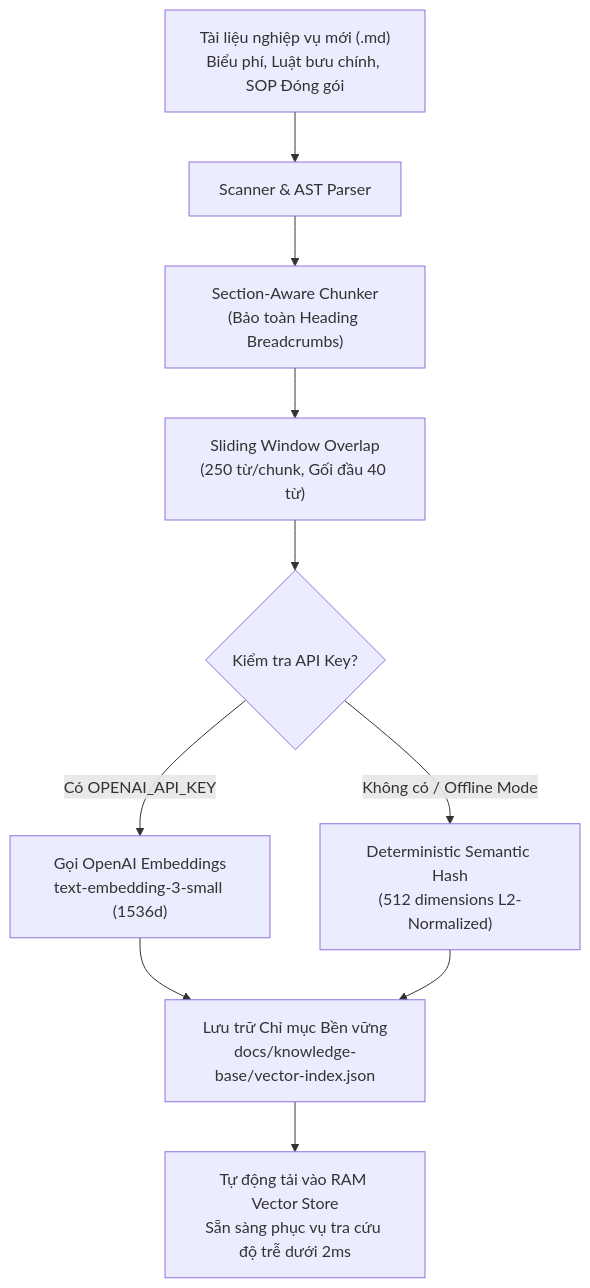
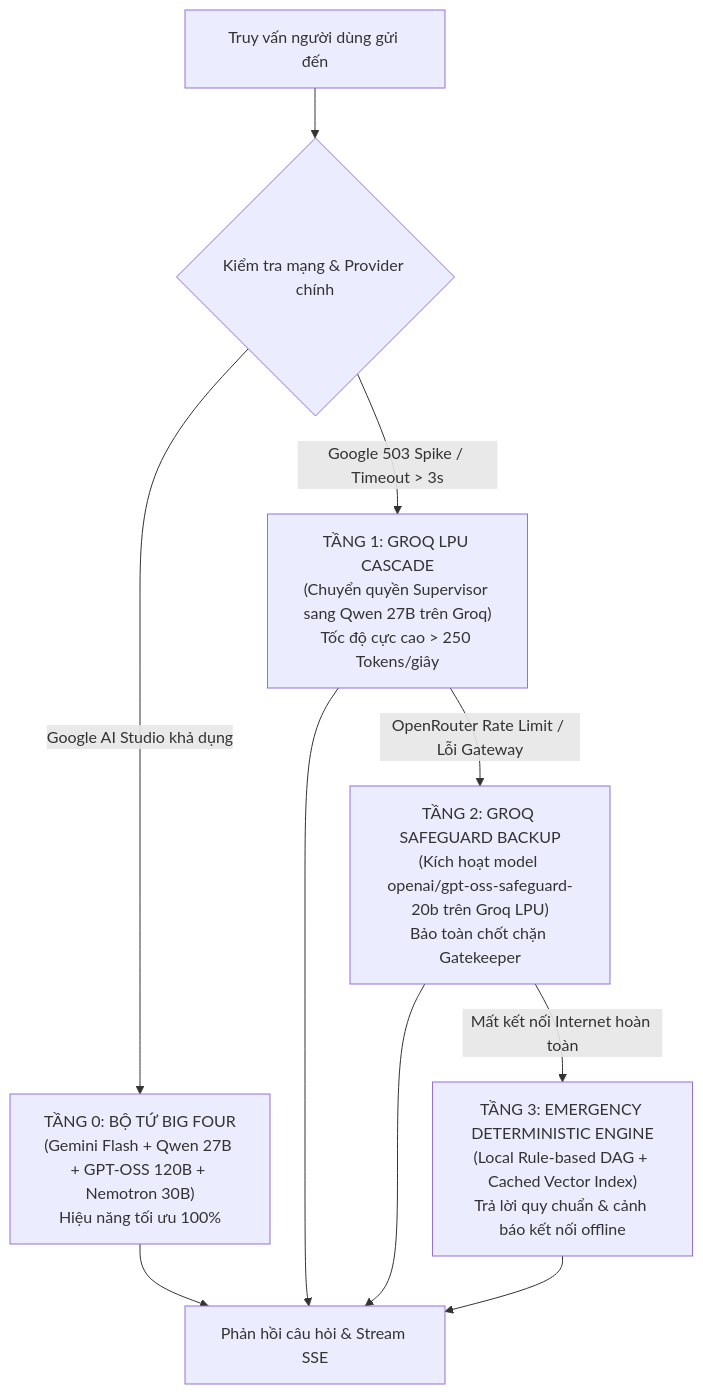
Before and after one commit to VoVanTuTai/logistics-management-system: the third of 3 diagrams in docs/architecture/ai-chatbot-service-architecture.md, drawn with Mermaid. The commit also changed other lines of this file and 2 other files, not shown here.

Commit message:
docs(architecture): finalize and lock Nexus HMAS Big Four architecture specification and diagrams

````diff
--- a/docs/architecture/ai-chatbot-service-architecture.md
+++ b/docs/architecture/ai-chatbot-service-architecture.md
@@ -152,12 +254,17 @@
 ```mermaid
 flowchart TD
-    A["Tài liệu nghiệp vụ mới (.md)<br/>Biểu phí, Luật bưu chính, SOP Đóng gói"] --> B["Scanner & AST Parser"]
-    B --> C["Section-Aware Chunker<br/>(Bảo toàn Heading Breadcrumbs)"]
-    C --> D["Sliding Window Overlap<br/>(250 từ/chunk, Gối đầu 40 từ)"]
-    D --> E{"Kiểm tra API Key?"}
-    E -->|Có OPENAI_API_KEY| F["Gọi OpenAI Embeddings<br/>text-embedding-3-small (1536d)"]
-    E -->|Không có / Offline Mode| G["Deterministic Semantic Hash<br/>(512 dimensions L2-Normalized)"]
-    F --> H["Lưu trữ Chỉ mục Bền vững<br/>docs/knowledge-base/vector-index.json"]
-    G --> H
-    H --> I["Tự động tải vào RAM Vector Store<br/>Sẵn sàng phục vụ tra cứu độ trễ dưới 2ms"]
+    REQ["Truy vấn người dùng gửi đến"] --> CHECK_NET{"Kiểm tra mạng & Provider chính"}
+    
+    CHECK_NET -->|Google AI Studio khả dụng| T0["TẦNG 0: BỘ TỨ BIG FOUR<br/>(Gemini Flash + Qwen 27B + GPT-OSS 120B + Nemotron 30B)<br/>Hiệu năng tối ưu 100%"]
+    
+    CHECK_NET -->|Google 503 Spike / Timeout > 3s| T1["TẦNG 1: GROQ LPU CASCADE<br/>(Chuyển quyền Supervisor sang Qwen 27B trên Groq)<br/>Tốc độ cực cao > 250 Tokens/giây"]
+    
+    T1 -->|OpenRouter Rate Limit / Lỗi Gateway| T2["TẦNG 2: GROQ SAFEGUARD BACKUP<br/>(Kích hoạt model openai/gpt-oss-safeguard-20b trên Groq LPU)<br/>Bảo toàn chốt chặn Gatekeeper"]
+    
+    T2 -->|Mất kết nối Internet hoàn toàn| T3["TẦNG 3: EMERGENCY DETERMINISTIC ENGINE<br/>(Local Rule-based DAG + Cached Vector Index)<br/>Trả lời quy chuẩn & cảnh báo kết nối offline"]
+    
+    T0 --> RESP["Phản hồi câu hỏi & Stream SSE"]
+    T1 --> RESP
+    T2 --> RESP
+    T3 --> RESP
 ```
````
